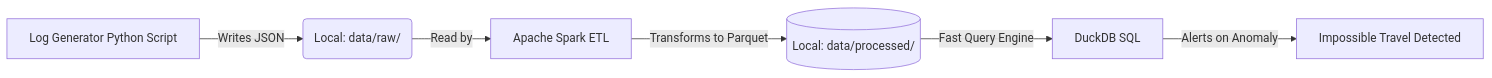
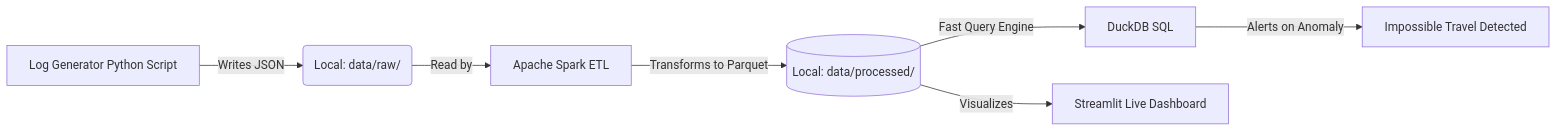
One commit to zrledwards-cmd/cyber-log-pipeline changed the diagram in README.md. Above: the diagram before and after it, drawn with Mermaid. The commit also changed other lines of this file and 7 other files, not shown here.

Commit message:
feat: finalize fully local DuckDB pipeline and Streamlit dashboard

````diff
--- a/README.md
+++ b/README.md
@@ -11,8 +11,9 @@
 ```mermaid
 graph LR
     A[Log Generator Python Script] -->|Writes JSON| B(Local: data/raw/)
     B -->|Read by| C[Apache Spark ETL]
     C -->|Transforms to Parquet| D[(Local: data/processed/)]
     D -->|Fast Query Engine| E[DuckDB SQL]
     E -->|Alerts on Anomaly| F[Impossible Travel Detected]
+    D -->|Visualizes| G[Streamlit Live Dashboard]
 ```
````
